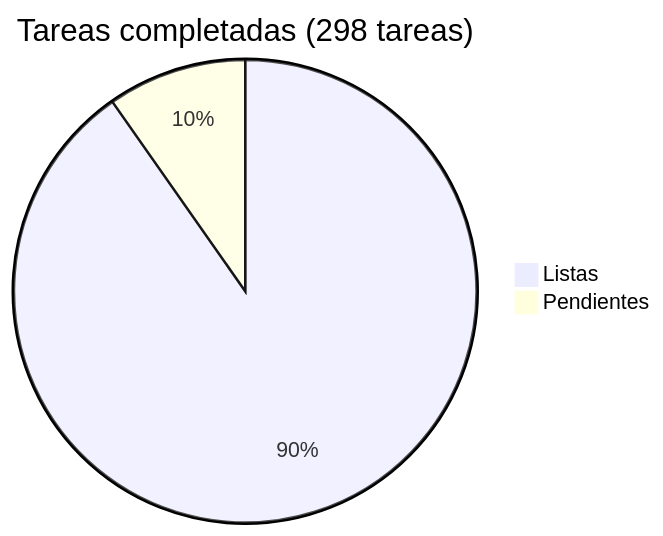
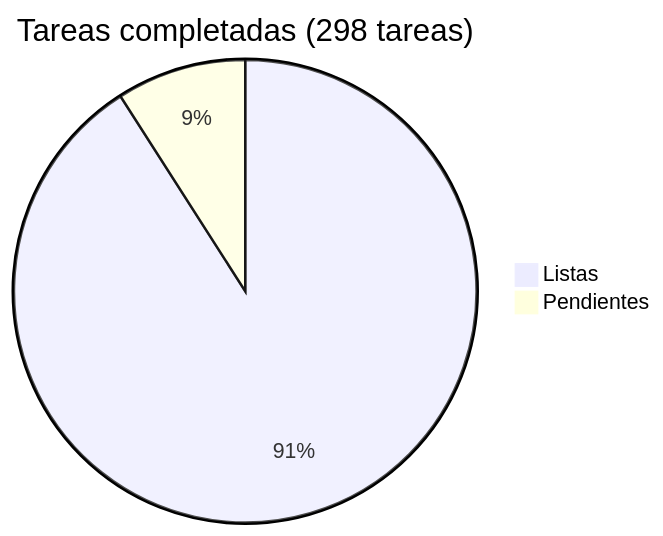
One commit to araguaney-lat/araguaney changed the diagram in docs/roadmap/README.md. Above: the diagram before and after it, drawn with Mermaid. The commit also changed other lines of this file and 16 other files, not shown here.

````diff
--- a/docs/roadmap/README.md
+++ b/docs/roadmap/README.md
@@ -5,5 +5,5 @@
 ```mermaid
 pie title Tareas completadas (298 tareas)
-    "Listas" : 269
-    "Pendientes" : 29
+    "Listas" : 271
+    "Pendientes" : 27
 ```
````
